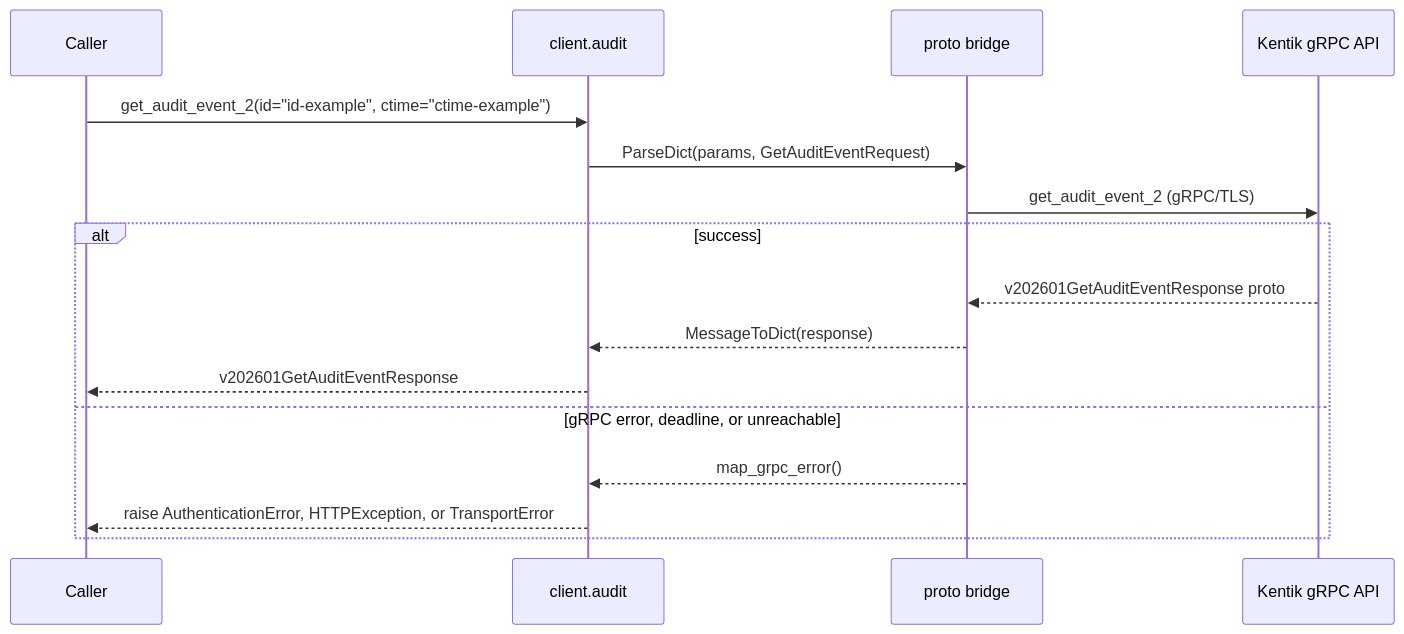
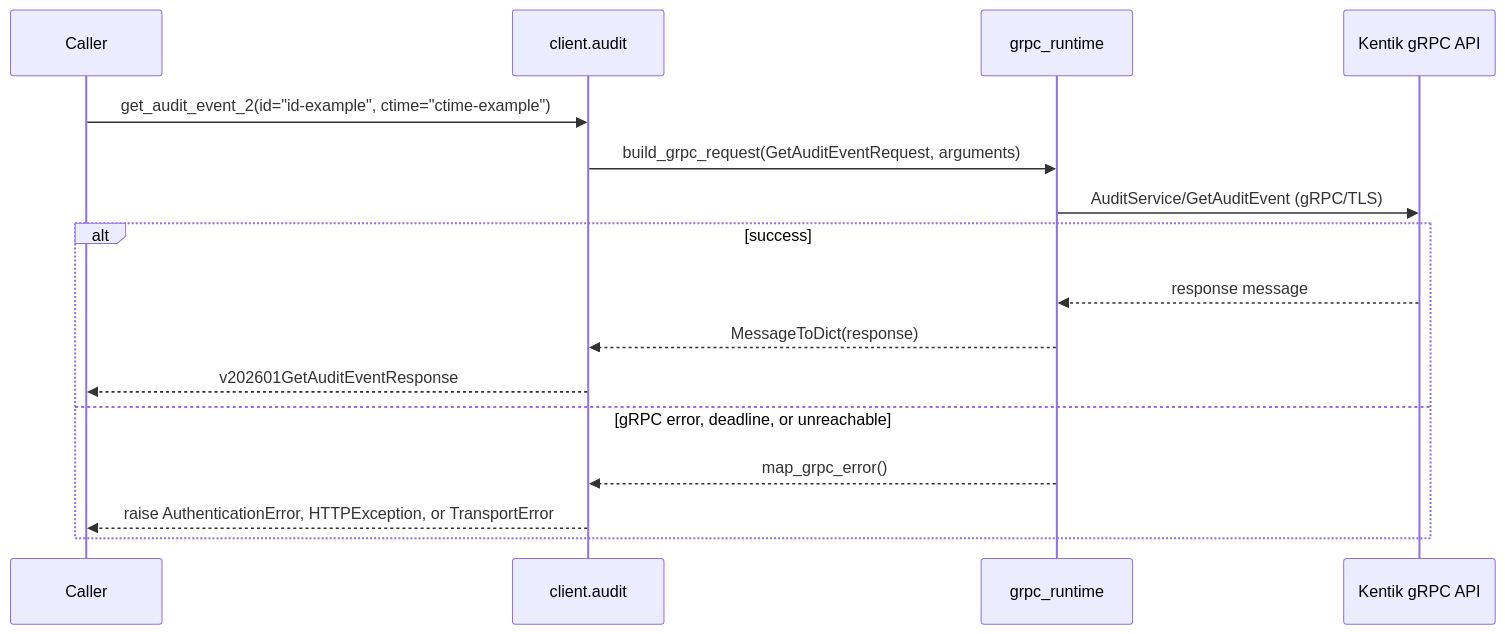
Before and after one commit to alexdearaujo/community_sdk_python: the seventh of 8 diagrams in docs/sphinx/services/audit.md, drawn with Mermaid. The commit also changed other lines of this file and 37 other files, not shown here.

First line of the commit message:
docs: show the real RPC in each service page's gRPC diagram

````diff
--- a/docs/sphinx/services/audit.md
+++ b/docs/sphinx/services/audit.md
@@ -213,19 +213,19 @@
 ```mermaid
 sequenceDiagram
     participant C as Caller
     participant W as client.audit
-    participant B as proto bridge
+    participant R as grpc_runtime
     participant API as Kentik gRPC API
 
     C->>W: get_audit_event_2(id="id-example", ctime="ctime-example")
-    W->>B: ParseDict(params, GetAuditEventRequest)
-    B->>API: get_audit_event_2 (gRPC/TLS)
+    W->>R: build_grpc_request(GetAuditEventRequest, arguments)
+    R->>API: AuditService/GetAuditEvent (gRPC/TLS)
     alt success
-        API-->>B: v202601GetAuditEventResponse proto
-        B-->>W: MessageToDict(response)
+        API-->>R: response message
+        R-->>W: MessageToDict(response)
         W-->>C: v202601GetAuditEventResponse
     else gRPC error, deadline, or unreachable
-        B-->>W: map_grpc_error()
+        R-->>W: map_grpc_error()
         W-->>C: raise AuthenticationError, HTTPException, or TransportError
     end
 ```
````
